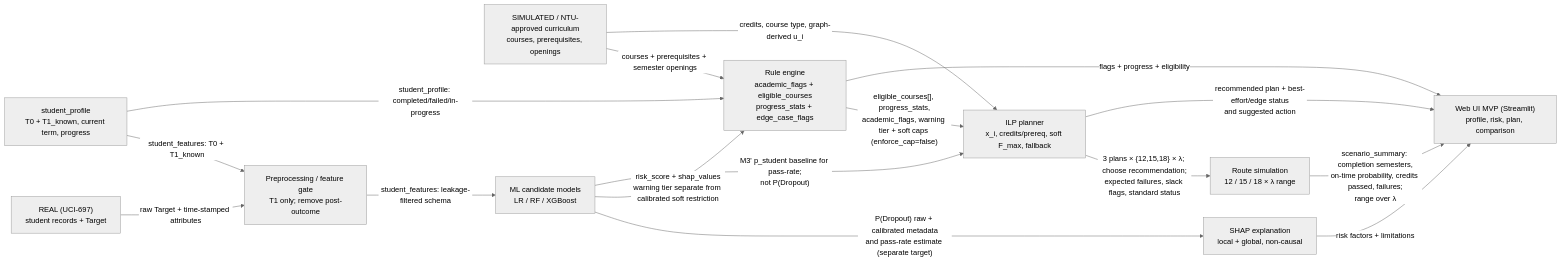
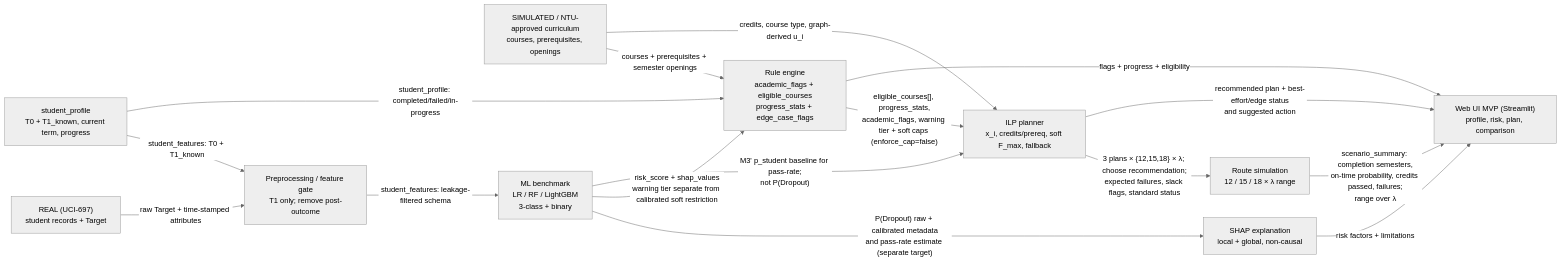
The second of 2 diagrams in reports/BAO_CAO.md (VoHoaiBuyt/HHTQD_DoAn_65.TTQL-2), drawn with Mermaid (neutral theme) before and after one commit. The commit also changed other lines of this file and 50 other files, not shown here.

````diff
--- a/reports/BAO_CAO.md
+++ b/reports/BAO_CAO.md
@@ -474,29 +571,29 @@
 ```mermaid
 flowchart LR
     UCI["REAL (UCI-697)<br/>student records + Target"]
     CUR["SIMULATED / NTU-approved curriculum<br/>courses, prerequisites, openings"]
     PROF["student_profile<br/>T0 + T1_known, current term, progress"]
     PRE["Preprocessing / feature gate<br/>T1 only; remove post-outcome"]
-    ML["ML candidate models<br/>LR / RF / XGBoost"]
+    ML["ML benchmark<br/>LR / RF / LightGBM<br/>3-class + binary"]
     SHAP["SHAP explanation<br/>local + global, non-causal"]
     RULE["Rule engine<br/>academic_flags + eligible_courses<br/>progress_stats + edge_case_flags"]
     ILP["ILP planner<br/>x_i, credits/prereq, soft F_max, fallback"]
     MC["Route simulation<br/>12 / 15 / 18 × λ range"]
     UI["Web UI MVP (Streamlit)<br/>profile, risk, plan, comparison"]
 
     UCI -->|"raw Target + time-stamped attributes"| PRE
     PROF -->|"student_features: T0 + T1_known"| PRE
     PRE -->|"student_features: leakage-filtered schema"| ML
     ML -->|"P(Dropout) raw + calibrated metadata<br/>and pass-rate estimate (separate target)"| SHAP
     ML -->|"risk_score + shap_values<br/>warning tier separate from calibrated soft restriction"| RULE
     PROF -->|"student_profile: completed/failed/in-progress"| RULE
     CUR -->|"courses + prerequisites + semester openings"| RULE
     RULE -->|"eligible_courses[], progress_stats,<br/>academic_flags, warning tier + soft caps (enforce_cap=false)"| ILP
     ML -->|"M3' p_student baseline for pass-rate;<br/>not P(Dropout)"| ILP
     CUR -->|"credits, course type, graph-derived u_i"| ILP
     ILP -->|"3 plans × {12,15,18} × λ; choose recommendation;<br/>expected failures, slack flags, standard status"| MC
     MC -->|"scenario_summary: completion semesters,<br/>on-time probability, credits passed, failures;<br/>range over λ"| UI
     SHAP -->|"risk factors + limitations"| UI
     RULE -->|"flags + progress + eligibility"| UI
     ILP -->|"recommended plan + best-effort/edge status<br/>and suggested action"| UI
 ```
````
